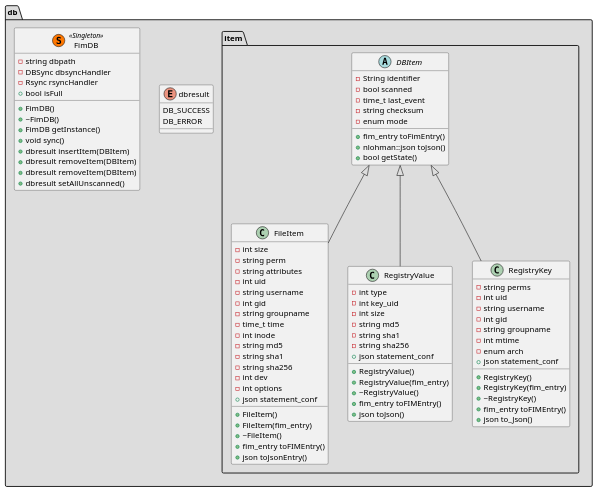
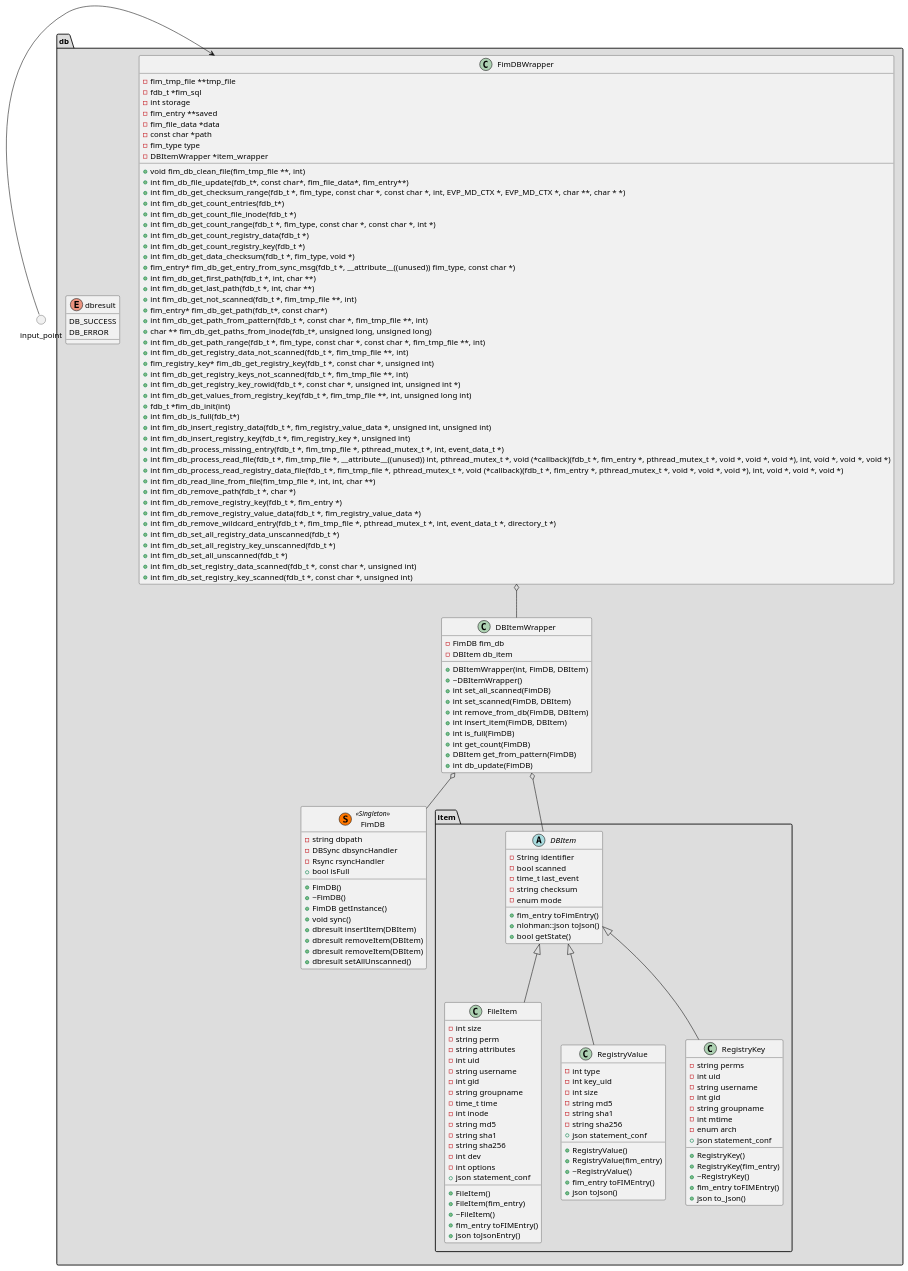
The diagram in architecture/FIM/db/class.puml (wazuh/wazuh-agent), drawn with PlantUML before and after one commit.

Commit message:
Add wrappers between internal modules and external modules

```diff
--- a/architecture/FIM/db/class.puml
+++ b/architecture/FIM/db/class.puml
@@ -1,93 +1,160 @@
 @startuml db_class
 package "db" <<Folder>> #DDDDDD{
     enum "dbresult" {
         DB_SUCCESS
         DB_ERROR
     }
-
     package "item" <<Folder>> {
         abstract DBItem {
             - String identifier
             - bool scanned
             - time_t last_event
             - string checksum
             - enum mode
             + fim_entry toFimEntry()
             + nlohman::json toJson()
             + bool getState()
         }
 
         class FileItem {
             - int size
             - string perm
             - string attributes
             - int uid
             - string username
             - int gid
             - string groupname
             - time_t time
             - int inode
             - string md5
             - string sha1
             - string sha256
             - int dev
             - int options
             + json statement_conf
             + FileItem()
             + FileItem(fim_entry)
             + ~FileItem()
             + fim_entry toFIMEntry()
             + json toJsonEntry()
         }
         class "RegistryValue" {
             - int type
             - int key_uid
             - int size
             - string md5
             - string sha1
             - string sha256
             + json statement_conf
             + RegistryValue()
             + RegistryValue(fim_entry)
             + ~RegistryValue()
             + fim_entry toFIMEntry()
             + json toJson()
         }
         class "RegistryKey" {
             - string perms
             - int uid
             - string username
             - int gid
             - string groupname
             - int mtime
             - enum arch
             + json statement_conf
             + RegistryKey()
             + RegistryKey(fim_entry)
             + ~RegistryKey()
             + fim_entry toFIMEntry()
             + json to_Json()
         }
     }
     class "FimDB"  <<(S,#FF7700) Singleton>> {
         - string dbpath
         - DBSync dbsyncHandler
         - Rsync rsyncHandler
         + FimDB()
         + ~FimDB()
         + FimDB getInstance()
         + void sync()
         + bool isFull
         + dbresult insertItem(DBItem)
         + dbresult removeItem(DBItem)
         + dbresult removeItem(DBItem)
         + dbresult setAllUnscanned()
     }
+    class FimDBWrapper {
+        - fim_tmp_file **tmp_file
+        - fdb_t *fim_sql
+        - int storage
+        - fim_entry **saved
+        - fim_file_data *data
+        - const char *path
+        - fim_type type
+        - DBItemWrapper *item_wrapper
 
+        + void fim_db_clean_file(fim_tmp_file **, int)
+        + int fim_db_file_update(fdb_t*, const char*, fim_file_data*, fim_entry**)
+        + int fim_db_get_checksum_range(fdb_t *, fim_type, const char *, const char *, int, EVP_MD_CTX *, EVP_MD_CTX *, char **, char * *)
+        + int fim_db_get_count_entries(fdb_t*)
+        + int fim_db_get_count_file_inode(fdb_t *)
+        + int fim_db_get_count_range(fdb_t *, fim_type, const char *, const char *, int *)
+        + int fim_db_get_count_registry_data(fdb_t *)
+        + int fim_db_get_count_registry_key(fdb_t *)
+        + int fim_db_get_data_checksum(fdb_t *, fim_type, void *)
+        + fim_entry* fim_db_get_entry_from_sync_msg(fdb_t *, __attribute__((unused)) fim_type, const char *)
+        + int fim_db_get_first_path(fdb_t *, int, char **)
+        + int fim_db_get_last_path(fdb_t *, int, char **)
+        + int fim_db_get_not_scanned(fdb_t *, fim_tmp_file **, int)
+        + fim_entry* fim_db_get_path(fdb_t*, const char*)
+        + int fim_db_get_path_from_pattern(fdb_t *, const char *, fim_tmp_file **, int)
+        + char ** fim_db_get_paths_from_inode(fdb_t*, unsigned long, unsigned long)
+        + int fim_db_get_path_range(fdb_t *, fim_type, const char *, const char *, fim_tmp_file **, int)
+        + int fim_db_get_registry_data_not_scanned(fdb_t *, fim_tmp_file **, int)
+        + fim_registry_key* fim_db_get_registry_key(fdb_t *, const char *, unsigned int)
+        + int fim_db_get_registry_keys_not_scanned(fdb_t *, fim_tmp_file **, int)
+        + int fim_db_get_registry_key_rowid(fdb_t *, const char *, unsigned int, unsigned int *)
+        + int fim_db_get_values_from_registry_key(fdb_t *, fim_tmp_file **, int, unsigned long int)
+        + fdb_t *fim_db_init(int)
+        + int fim_db_is_full(fdb_t*)
+        + int fim_db_insert_registry_data(fdb_t *, fim_registry_value_data *, unsigned int, unsigned int)
+        + int fim_db_insert_registry_key(fdb_t *, fim_registry_key *, unsigned int)
+        + int fim_db_process_missing_entry(fdb_t *, fim_tmp_file *, pthread_mutex_t *, int, event_data_t *)
+        + int fim_db_process_read_file(fdb_t *, fim_tmp_file *, __attribute__((unused)) int, pthread_mutex_t *, void (*callback)(fdb_t *, fim_entry *, pthread_mutex_t *, void *, void *, void *), int, void *, void *, void *)
+        + int fim_db_process_read_registry_data_file(fdb_t *, fim_tmp_file *, pthread_mutex_t *, void (*callback)(fdb_t *, fim_entry *, pthread_mutex_t *, void *, void *, void *), int, void *, void *, void *)
+        + int fim_db_read_line_from_file(fim_tmp_file *, int, int, char **)
+        + int fim_db_remove_path(fdb_t *, char *)
+        + int fim_db_remove_registry_key(fdb_t *, fim_entry *)
+        + int fim_db_remove_registry_value_data(fdb_t *, fim_registry_value_data *)
+        + int fim_db_remove_wildcard_entry(fdb_t *, fim_tmp_file *, pthread_mutex_t *, int, event_data_t *, directory_t *)
+        + int fim_db_set_all_registry_data_unscanned(fdb_t *)
+        + int fim_db_set_all_registry_key_unscanned(fdb_t *)
+        + int fim_db_set_all_unscanned(fdb_t *)
+        + int fim_db_set_registry_data_scanned(fdb_t *, const char *, unsigned int)
+        + int fim_db_set_registry_key_scanned(fdb_t *, const char *, unsigned int)
+    }
+    class DBItemWrapper {
+        - FimDB fim_db
+        - DBItem db_item
+
+        + DBItemWrapper(int, FimDB, DBItem)
+        + ~DBItemWrapper()
+        + int set_all_scanned(FimDB)
+        + int set_scanned(FimDB, DBItem)
+        + int remove_from_db(FimDB, DBItem)
+        + int insert_item(FimDB, DBItem)
+        + int is_full(FimDB)
+        + int get_count(FimDB)
+        + DBItem get_from_pattern(FimDB)
+        + int db_update(FimDB)
+    }
 }
-
+circle input_point
 
 DBItem <|-- FileItem
 DBItem <|-- RegistryValue
 DBItem <|-- RegistryKey
+FimDBWrapper  o-- DBItemWrapper
+DBItemWrapper  o-- DBItem
+DBItemWrapper  o-- FimDB
+input_point => FimDBWrapper
 @enduml
```
